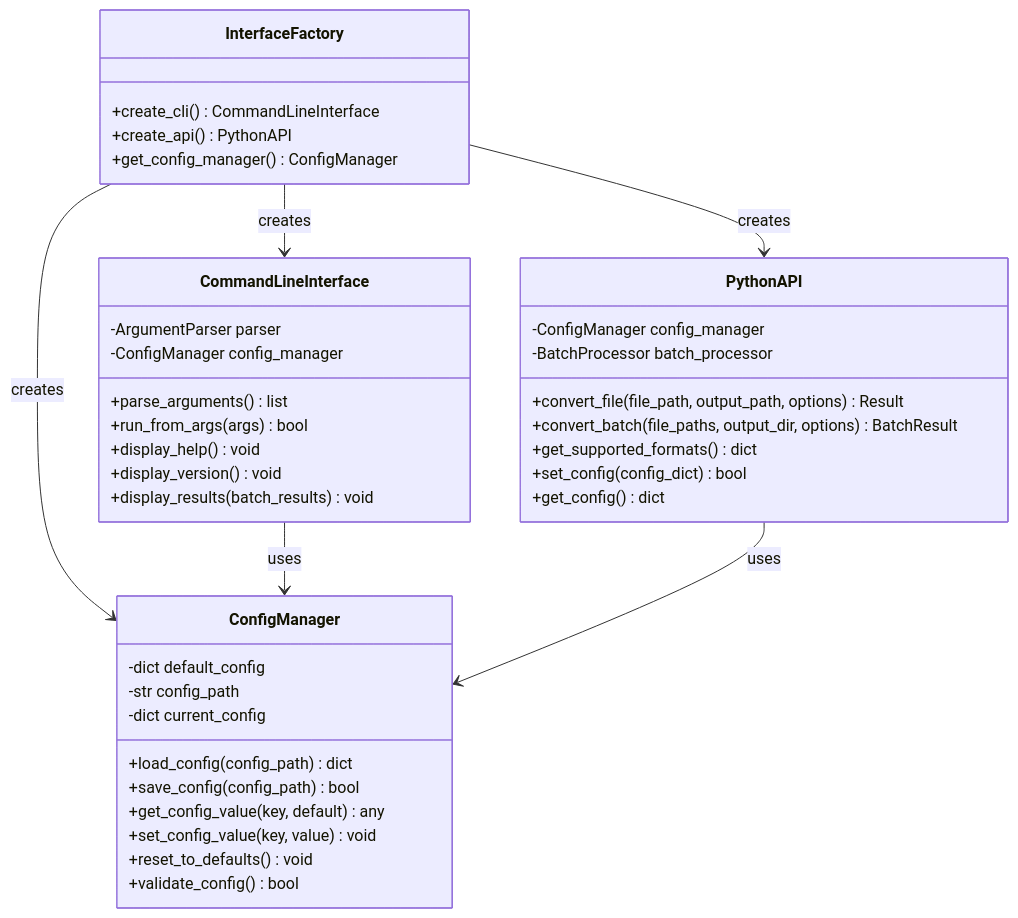
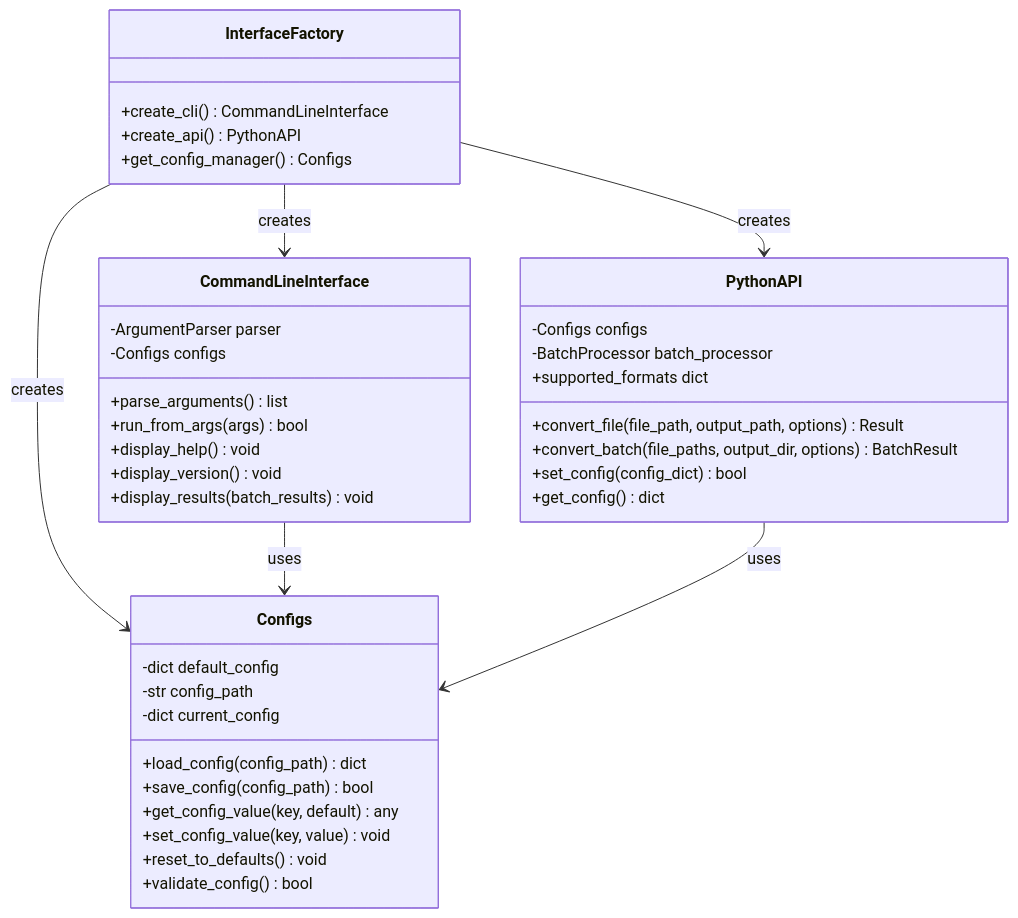
Before and after one commit to endomorphosis/omni_converter_mk2: the second of 6 diagrams in SAD.md, drawn with Mermaid. The commit also changed other lines of this file and 61 other files, not shown here.

````diff
--- a/SAD.md
+++ b/SAD.md
@@ -145,46 +145,46 @@
 ```mermaid
 classDiagram
     class CommandLineInterface {
         -ArgumentParser parser
-        -ConfigManager config_manager
+        -Configs configs
         +parse_arguments() list
         +run_from_args(args) bool
         +display_help() void
         +display_version() void
         +display_results(batch_results) void
     }
 
     class PythonAPI {
-        -ConfigManager config_manager
+        -Configs configs
         -BatchProcessor batch_processor
         +convert_file(file_path, output_path, options) Result
         +convert_batch(file_paths, output_dir, options) BatchResult
-        +get_supported_formats() dict
+        +supported_formats dict
         +set_config(config_dict) bool
         +get_config() dict
     }
 
-    class ConfigManager {
+    class Configs {
         -dict default_config
         -str config_path
         -dict current_config
         +load_config(config_path) dict
         +save_config(config_path) bool
         +get_config_value(key, default) any
         +set_config_value(key, value) void
         +reset_to_defaults() void
         +validate_config() bool
     }
 
     class InterfaceFactory {
         +create_cli() CommandLineInterface
         +create_api() PythonAPI
-        +get_config_manager() ConfigManager
+        +get_config_manager() Configs
     }
 
     InterfaceFactory --> CommandLineInterface : creates
     InterfaceFactory --> PythonAPI : creates 
-    InterfaceFactory --> ConfigManager : creates
-    CommandLineInterface --> ConfigManager : uses
-    PythonAPI --> ConfigManager : uses
+    InterfaceFactory --> Configs : creates
+    CommandLineInterface --> Configs : uses
+    PythonAPI --> Configs : uses
 ```
````
